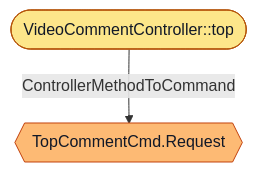
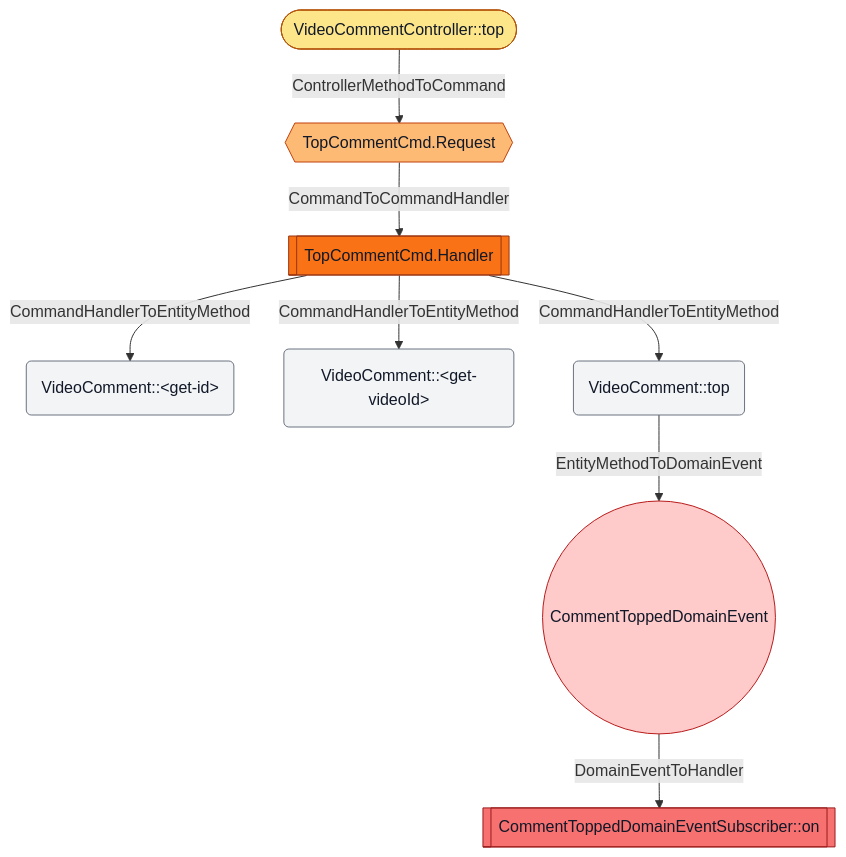
The diagram in flows/edu_only4_danmuku_adapter_portal_api_web_VideoCommentController_top.mmd (LDmoxeii/only-danmuku), drawn with Mermaid before and after one commit. The commit also changed 64 other files, not shown here.

```diff
--- a/flows/edu_only4_danmuku_adapter_portal_api_web_VideoCommentController_top.mmd
+++ b/flows/edu_only4_danmuku_adapter_portal_api_web_VideoCommentController_top.mmd
@@ -1,8 +1,30 @@
 flowchart TD
   N1([VideoCommentController::top])
   class N1 controllermethod
-  N2{{TopCommentCmd.Request}}
-  class N2 command
-  N1 -->|ControllerMethodToCommand| N2
+  N2[[TopCommentCmd.Handler]]
+  class N2 commandhandler
+  N3{{TopCommentCmd.Request}}
+  class N3 command
+  N4[[CommentToppedDomainEventSubscriber::on]]
+  class N4 domaineventhandler
+  N5(VideoComment::&lt;get-id&gt;)
+  class N5 entitymethod
+  N6(VideoComment::&lt;get-videoId&gt;)
+  class N6 entitymethod
+  N7(VideoComment::top)
+  class N7 entitymethod
+  N8((CommentToppedDomainEvent))
+  class N8 domainevent
+  N1 -->|ControllerMethodToCommand| N3
+  N2 -->|CommandHandlerToEntityMethod| N5
+  N2 -->|CommandHandlerToEntityMethod| N6
+  N2 -->|CommandHandlerToEntityMethod| N7
+  N3 -->|CommandToCommandHandler| N2
+  N7 -->|EntityMethodToDomainEvent| N8
+  N8 -->|DomainEventToHandler| N4
   classDef command fill:#FDBA74,stroke:#C2410C,color:#111827
+  classDef commandhandler fill:#F97316,stroke:#9A3412,color:#111827
   classDef controllermethod fill:#FDE68A,stroke:#B45309,color:#111827
+  classDef domainevent fill:#FECACA,stroke:#B91C1C,color:#111827
+  classDef domaineventhandler fill:#F87171,stroke:#991B1B,color:#111827
+  classDef entitymethod fill:#F3F4F6,stroke:#6B7280,color:#111827
```
